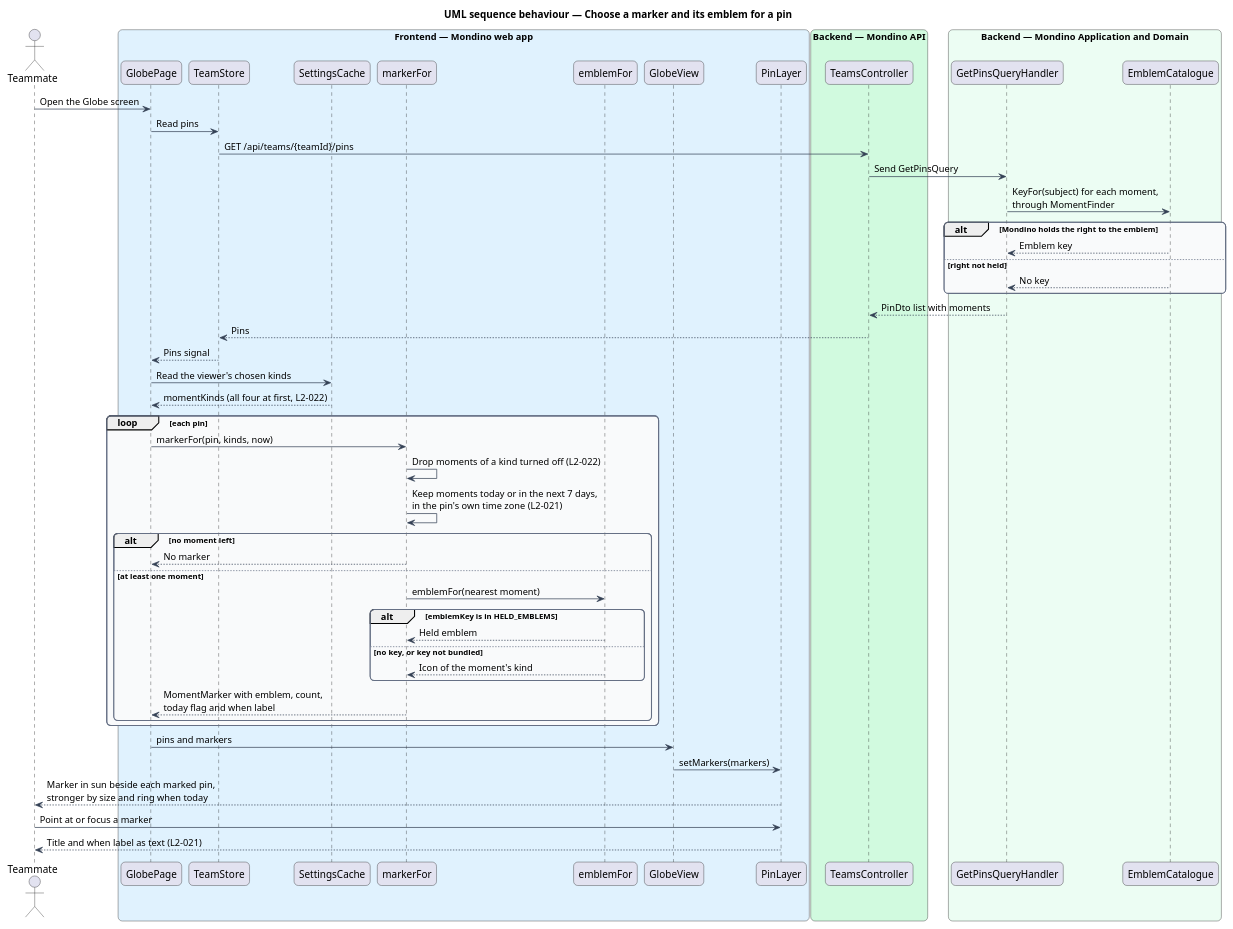
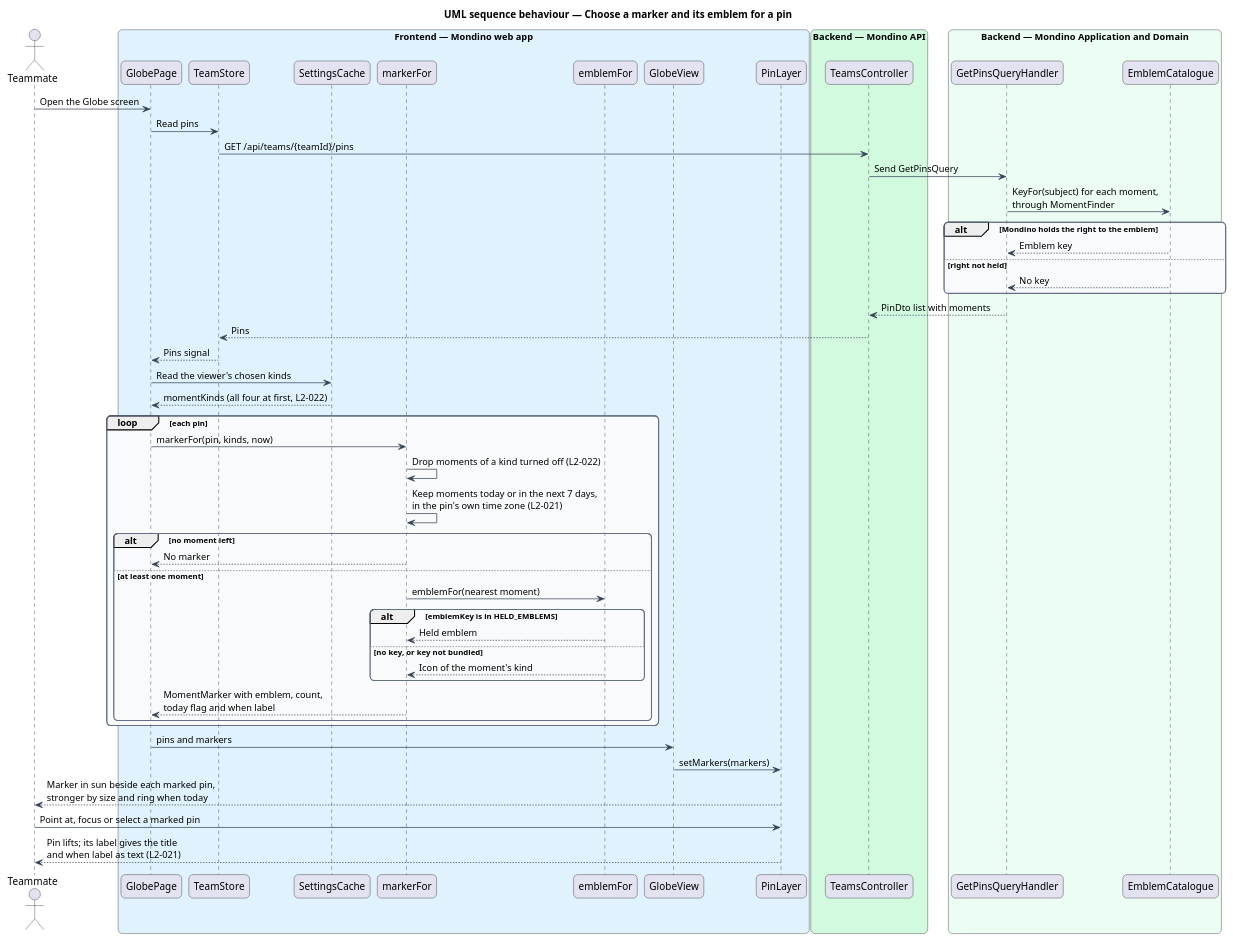
One commit to QuinntyneBrown/Mondino changed the diagram in docs/detailed-designs/moments/mark-pins-with-moments/diagrams/sequence-choose-marker.puml. Above: the diagram before and after it, drawn with PlantUML. The commit also changed 21 other files, not shown here.

```diff
--- a/docs/detailed-designs/moments/mark-pins-with-moments/diagrams/sequence-choose-marker.puml
+++ b/docs/detailed-designs/moments/mark-pins-with-moments/diagrams/sequence-choose-marker.puml
@@ -1,71 +1,71 @@
 @startuml
 title UML sequence behaviour — Choose a marker and its emblem for a pin
 skinparam backgroundColor #FFFFFF
 skinparam shadowing false
 skinparam roundcorner 12
 skinparam defaultFontName Arial
 skinparam ArrowColor #344054
 skinparam rectangle {
   BorderColor #344054
   FontColor #101828
 }
 skinparam package {
   BorderColor #667085
   FontColor #101828
   BackgroundColor #F9FAFB
 }
 actor "Teammate" as actor
 box "Frontend — Mondino web app" #E0F2FE
   participant "GlobePage" as page
   participant "TeamStore" as store
   participant "SettingsCache" as settings
   participant "markerFor" as marker
   participant "emblemFor" as emblem
   participant "GlobeView" as view
   participant "PinLayer" as layer
 end box
 box "Backend — Mondino API" #D1FADF
   participant "TeamsController" as controller
 end box
 box "Backend — Mondino Application and Domain" #ECFDF3
   participant "GetPinsQueryHandler" as handler
   participant "EmblemCatalogue" as catalogue
 end box
 
 actor -> page : Open the Globe screen
 page -> store : Read pins
 store -> controller : GET /api/teams/{teamId}/pins
 controller -> handler : Send GetPinsQuery
 handler -> catalogue : KeyFor(subject) for each moment,\nthrough MomentFinder
 alt Mondino holds the right to the emblem
   catalogue --> handler : Emblem key
 else right not held
   catalogue --> handler : No key
 end
 handler --> controller : PinDto list with moments
 controller --> store : Pins
 store --> page : Pins signal
 page -> settings : Read the viewer's chosen kinds
 settings --> page : momentKinds (all four at first, L2-022)
 loop each pin
   page -> marker : markerFor(pin, kinds, now)
   marker -> marker : Drop moments of a kind turned off (L2-022)
   marker -> marker : Keep moments today or in the next 7 days,\nin the pin's own time zone (L2-021)
   alt no moment left
     marker --> page : No marker
   else at least one moment
     marker -> emblem : emblemFor(nearest moment)
     alt emblemKey is in HELD_EMBLEMS
       emblem --> marker : Held emblem
     else no key, or key not bundled
       emblem --> marker : Icon of the moment's kind
     end
     marker --> page : MomentMarker with emblem, count,\ntoday flag and when label
   end
 end
 page -> view : pins and markers
 view -> layer : setMarkers(markers)
 layer --> actor : Marker in sun beside each marked pin,\nstronger by size and ring when today
-actor -> layer : Point at or focus a marker
-layer --> actor : Title and when label as text (L2-021)
+actor -> layer : Point at, focus or select a marked pin
+layer --> actor : Pin lifts; its label gives the title\nand when label as text (L2-021)
 @enduml
```
